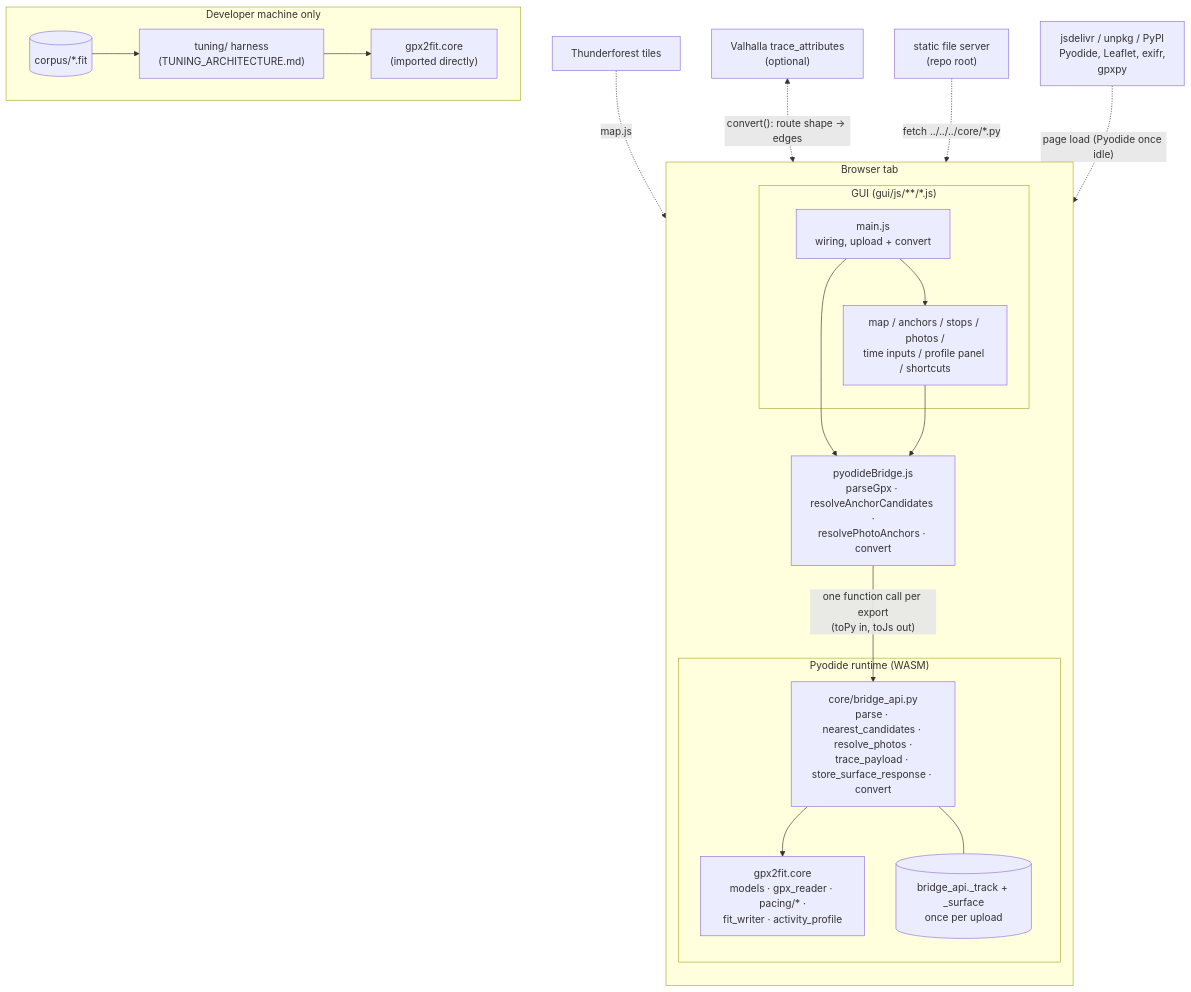
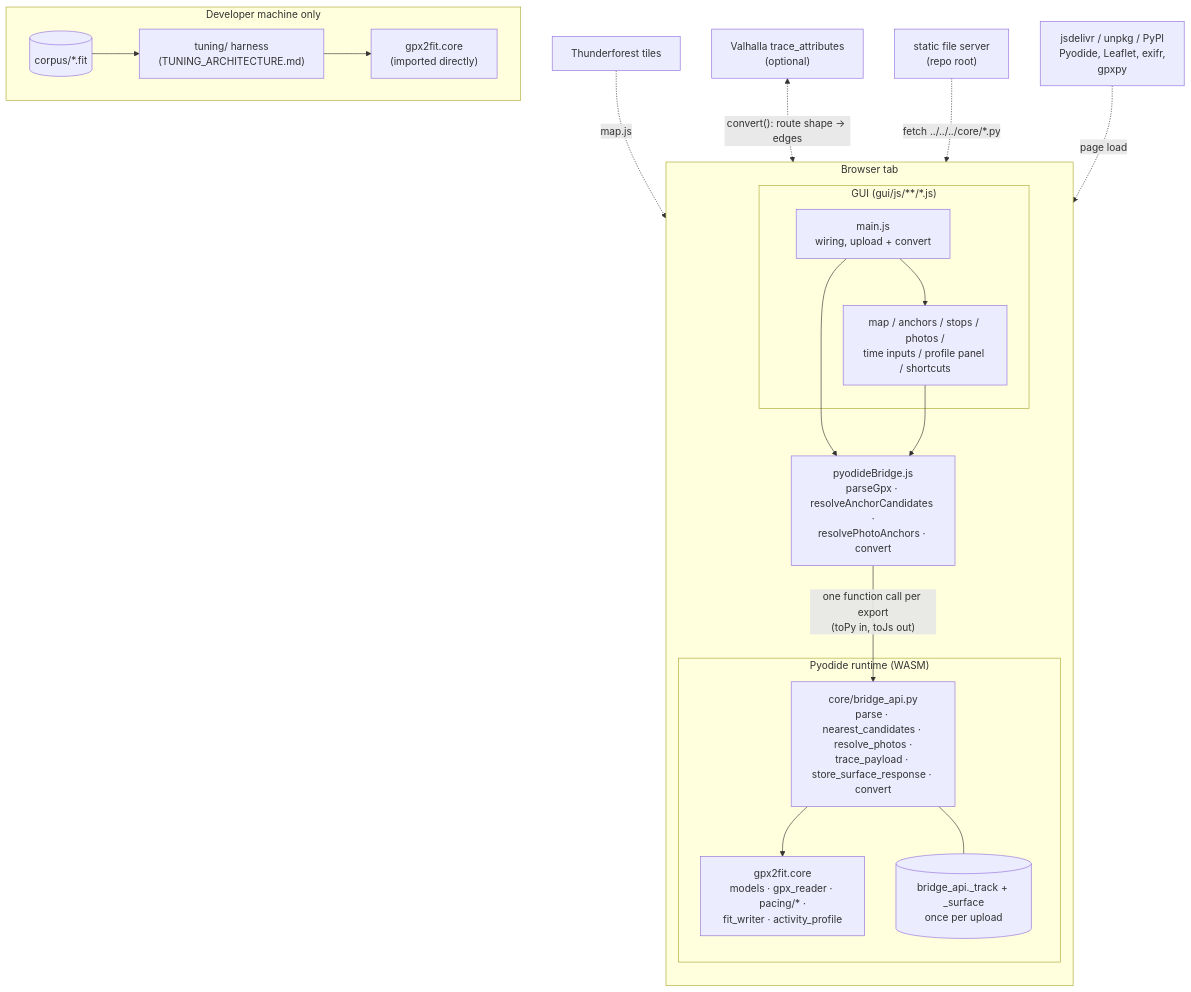
One commit to martin-iflap/GPX_to_FIT changed the first of 3 diagrams in docs/ARCHITECTURE.md. Above: the diagram before and after it, drawn with Mermaid. The commit also changed other lines of this file and 11 other files, not shown here.

Commit message:
Start loading gpxpy dependency sooner to speed up initial route load time + more explicit messages about loading if slow + favicon added.

````diff
--- a/docs/ARCHITECTURE.md
+++ b/docs/ARCHITECTURE.md
@@ -116,32 +117,32 @@
 ```mermaid
 flowchart TB
   subgraph Browser["Browser tab"]
     direction TB
     subgraph GUI["GUI (gui/js/**/*.js)"]
       main["main.js<br/>wiring, upload + convert"]
       ui["map / anchors / stops / photos /<br/>time inputs / profile panel / shortcuts"]
     end
     bridge["pyodideBridge.js<br/>parseGpx · resolveAnchorCandidates ·<br/>resolvePhotoAnchors · convert"]
     subgraph Py["Pyodide runtime (WASM)"]
       api["core/bridge_api.py<br/>parse · nearest_candidates · resolve_photos ·<br/>trace_payload · store_surface_response · convert"]
       track[("bridge_api._track + _surface<br/>once per upload")]
       core["gpx2fit.core<br/>models · gpx_reader · pacing/* ·<br/>fit_writer · activity_profile"]
     end
     main --> ui
     main --> bridge
     ui --> bridge
     bridge -- "one function call per export<br/>(toPy in, toJs out)" --> api
     api --> core
     api --- track
   end
 
-  CDN["jsdelivr / unpkg / PyPI<br/>Pyodide, Leaflet, exifr,<br/>gpxpy"] -. "page load (Pyodide once idle)" .-> Browser
+  CDN["jsdelivr / unpkg / PyPI<br/>Pyodide, Leaflet, exifr,<br/>gpxpy"] -. "page load" .-> Browser
   TF["Thunderforest tiles"] -. "map.js" .-> ui
   VH["Valhalla trace_attributes<br/>(optional)"] <-. "convert(): route shape → edges" .-> bridge
   Static["static file server<br/>(repo root)"] -. "fetch ../../../core/*.py" .-> bridge
 
   subgraph Offline["Developer machine only"]
     tuning["tuning/ harness<br/>(TUNING_ARCHITECTURE.md)"] --> core2["gpx2fit.core<br/>(imported directly)"]
     corpus[("corpus/*.fit")] --> tuning
   end
 ```
````
